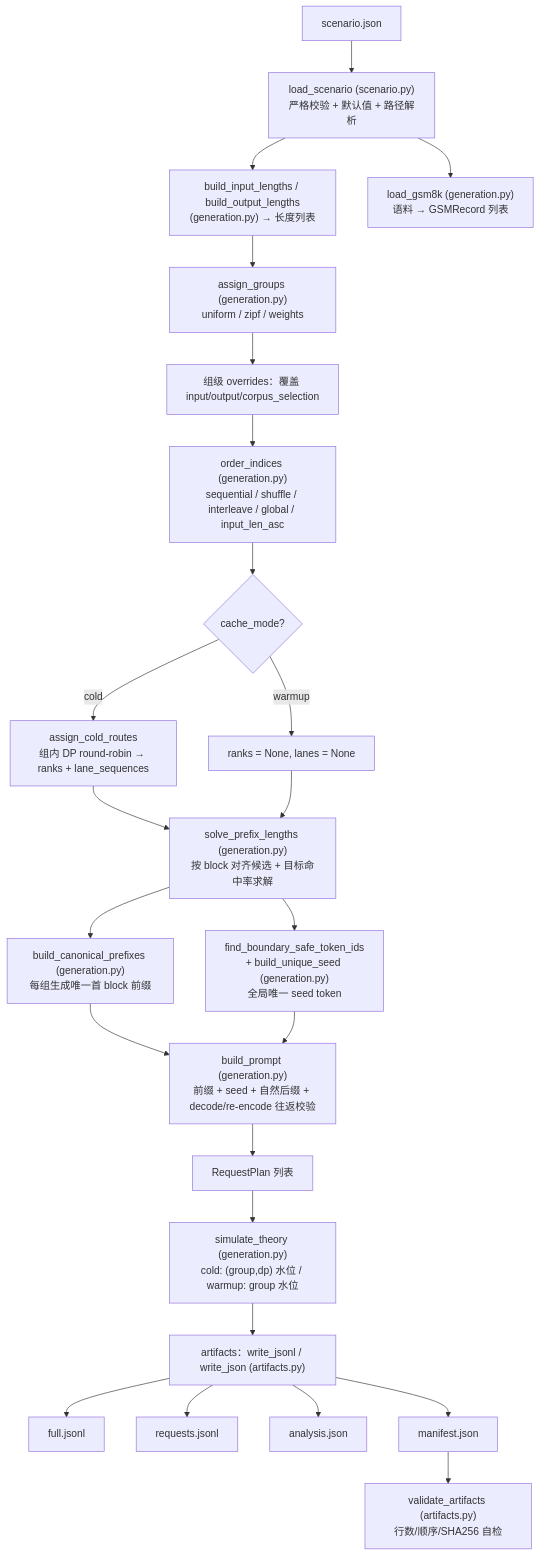
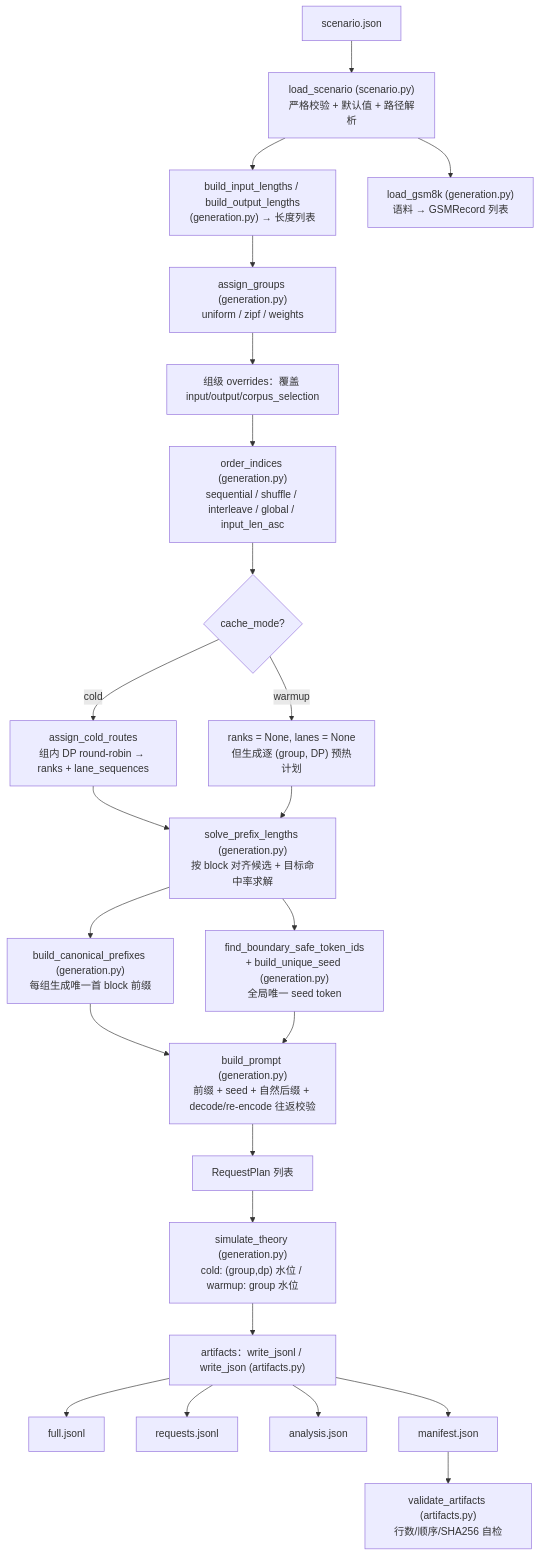
The second of 4 diagrams in plugins/prefix_cache/ARCHITECTURE.md (AISBench/benchmark), drawn with Mermaid before and after one commit. The commit also changed other lines of this file and 22 other files, not shown here.

````diff
--- a/plugins/prefix_cache/ARCHITECTURE.md
+++ b/plugins/prefix_cache/ARCHITECTURE.md
@@ -79,26 +64,26 @@
 ```mermaid
 flowchart TB
     A["scenario.json"] --> B["load_scenario (scenario.py)<br/>严格校验 + 默认值 + 路径解析"]
     B --> C["build_input_lengths / build_output_lengths<br/>(generation.py) → 长度列表"]
     B --> D["load_gsm8k (generation.py)<br/>语料 → GSMRecord 列表"]
     C --> E["assign_groups (generation.py)<br/>uniform / zipf / weights"]
     E --> F["组级 overrides：覆盖 input/output/corpus_selection"]
     F --> G["order_indices (generation.py)<br/>sequential / shuffle / interleave / global / input_len_asc"]
     G --> H{"cache_mode?"}
     H -- cold --> I["assign_cold_routes<br/>组内 DP round-robin → ranks + lane_sequences"]
-    H -- warmup --> I2["ranks = None, lanes = None"]
+    H -- warmup --> I2["ranks = None, lanes = None<br/>但生成逐 (group, DP) 预热计划"]
     I --> J["solve_prefix_lengths (generation.py)<br/>按 block 对齐候选 + 目标命中率求解"]
     I2 --> J
     J --> K["build_canonical_prefixes (generation.py)<br/>每组生成唯一首 block 前缀"]
     J --> L["find_boundary_safe_token_ids<br/>+ build_unique_seed (generation.py)<br/>全局唯一 seed token"]
     K --> M["build_prompt (generation.py)<br/>前缀 + seed + 自然后缀 + decode/re-encode 往返校验"]
     L --> M
     M --> N["RequestPlan 列表"]
     N --> O["simulate_theory (generation.py)<br/>cold: (group,dp) 水位 / warmup: group 水位"]
     O --> P["artifacts：write_jsonl / write_json (artifacts.py)"]
     P --> P1["full.jsonl"]
     P --> P2["requests.jsonl"]
     P --> P3["analysis.json"]
     P --> P4["manifest.json"]
     P4 --> Q["validate_artifacts (artifacts.py)<br/>行数/顺序/SHA256 自检"]
 ```
````
